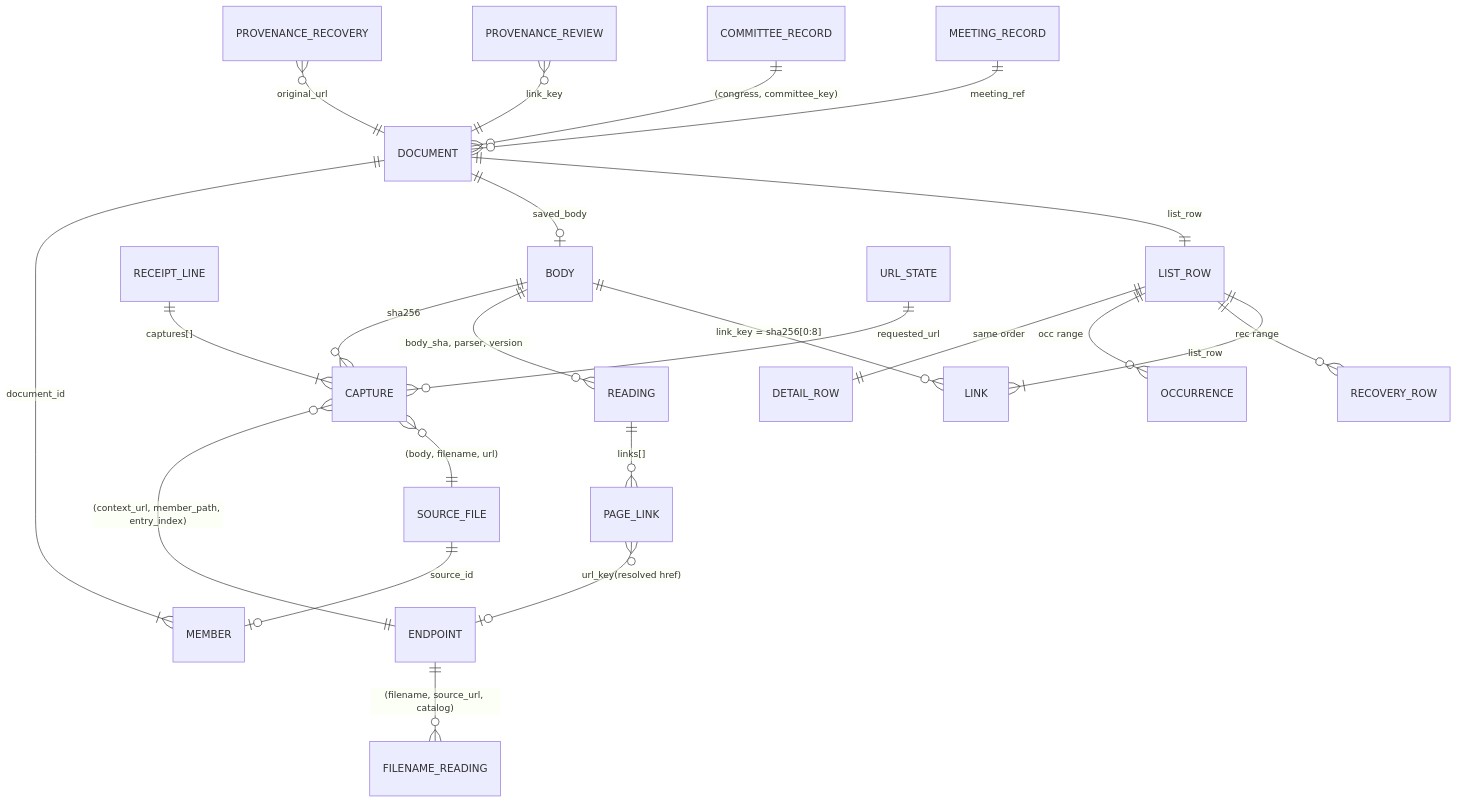
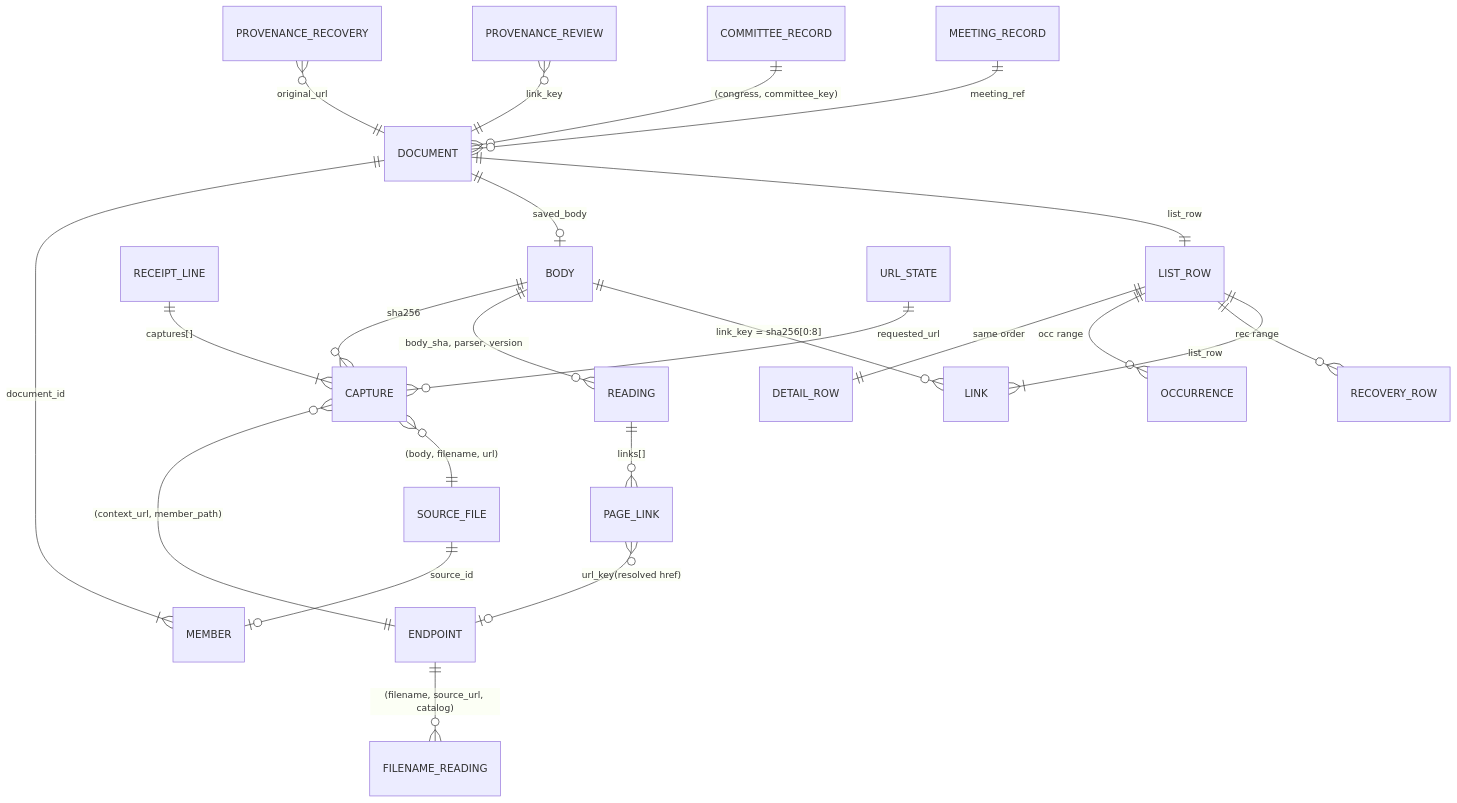
One commit to civictechdc/congressional-tech changed the diagram in docs/engine-first-data-model.md. Above: the diagram before and after it, drawn with Mermaid. The commit also changed other lines of this file and 3 other files, not shown here.

````diff
--- a/docs/engine-first-data-model.md
+++ b/docs/engine-first-data-model.md
@@ -602,25 +628,25 @@
 ```mermaid
 erDiagram
   BODY ||--o{ CAPTURE : "sha256"
   RECEIPT_LINE ||--|{ CAPTURE : "captures[]"
-  CAPTURE }o--|| ENDPOINT : "(context_url, member_path, entry_index)"
+  CAPTURE }o--|| ENDPOINT : "(context_url, member_path)"
   BODY ||--o{ READING : "body_sha, parser, version"
   READING ||--o{ PAGE_LINK : "links[]"
   PAGE_LINK }o--o| ENDPOINT : "url_key(resolved href)"
   ENDPOINT ||--o{ FILENAME_READING : "(filename, source_url, catalog)"
   CAPTURE }o--|| SOURCE_FILE : "(body, filename, url)"
   SOURCE_FILE ||--o| MEMBER : "source_id"
   DOCUMENT ||--|{ MEMBER : "document_id"
   DOCUMENT ||--o| BODY : "saved_body"
   DOCUMENT ||--|| LIST_ROW : "list_row"
   LIST_ROW ||--|| DETAIL_ROW : "same order"
   LIST_ROW ||--o{ OCCURRENCE : "occ range"
   LIST_ROW ||--o{ RECOVERY_ROW : "rec range"
   LIST_ROW ||--|{ LINK : "list_row"
   BODY ||--o{ LINK : "link_key = sha256[0:8]"
   PROVENANCE_RECOVERY }o--|| DOCUMENT : "original_url"
   PROVENANCE_REVIEW }o--|| DOCUMENT : "link_key"
   URL_STATE ||--o{ CAPTURE : "requested_url"
   COMMITTEE_RECORD ||--o{ DOCUMENT : "(congress, committee_key)"
   MEETING_RECORD ||--o{ DOCUMENT : "meeting_ref"
 ```
````
